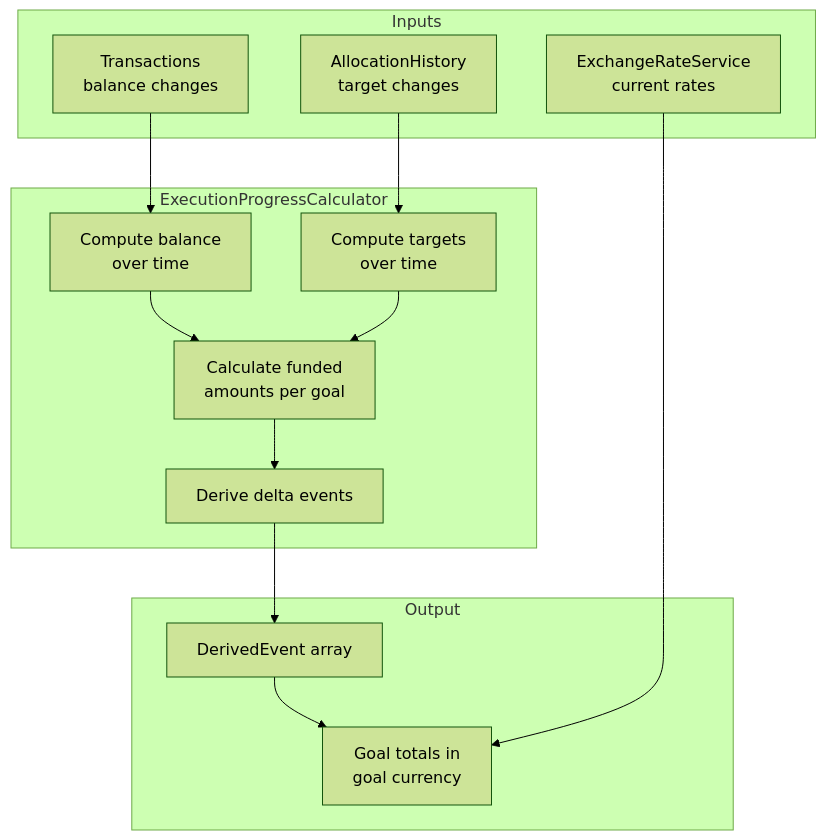
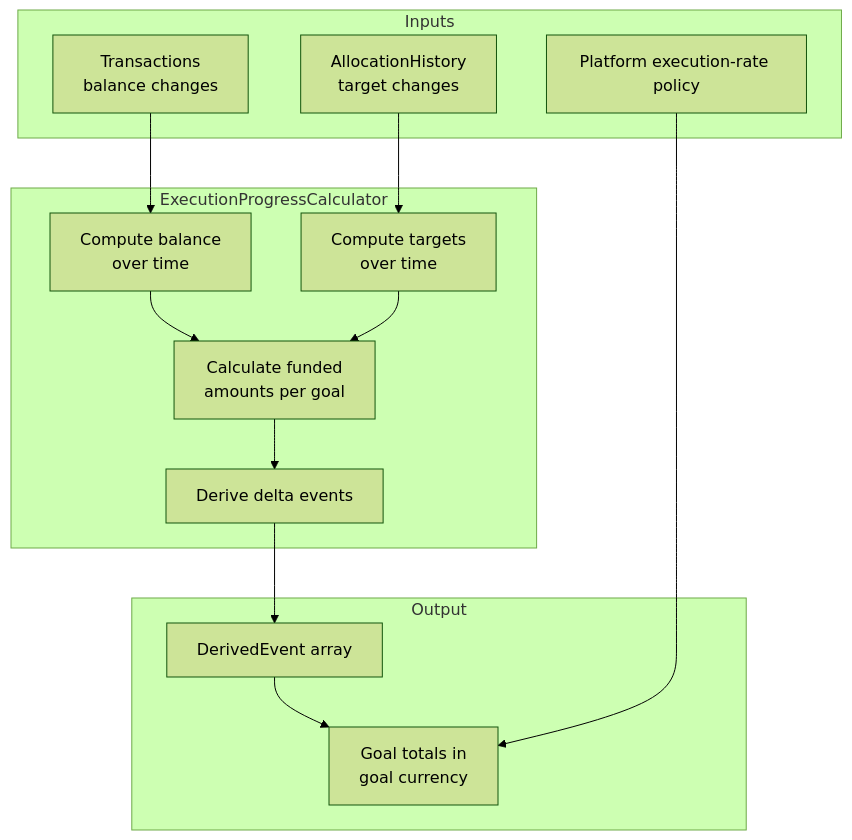
Before and after one commit to lueurxax/CryptoSavingsTracker: the second of 9 diagrams in docs/CONTRIBUTION_FLOW.md, drawn with Mermaid (forest theme). The commit also changed other lines of this file and 437 other files, not shown here.

````diff
--- a/docs/CONTRIBUTION_FLOW.md
+++ b/docs/CONTRIBUTION_FLOW.md
@@ -90,29 +97,29 @@
 ```mermaid
 flowchart TB
     subgraph Inputs
         TX[Transactions<br/>balance changes]
         AH[AllocationHistory<br/>target changes]
-        ER[ExchangeRateService<br/>current rates]
+        ER[Platform execution-rate policy]
     end
 
     subgraph Calculator["ExecutionProgressCalculator"]
         B[Compute balance<br/>over time]
         T[Compute targets<br/>over time]
         F[Calculate funded<br/>amounts per goal]
         D[Derive delta events]
     end
 
     subgraph Output
         DE[DerivedEvent array]
         TOT[Goal totals in<br/>goal currency]
     end
 
     TX --> B
     AH --> T
     B --> F
     T --> F
     F --> D
     D --> DE
     DE --> TOT
     ER --> TOT
 ```
````
